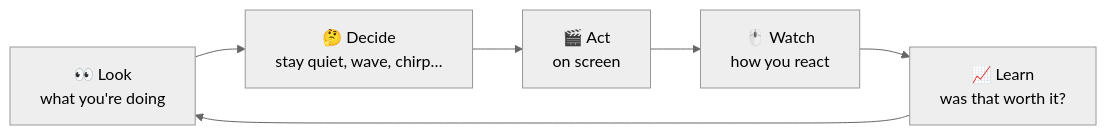
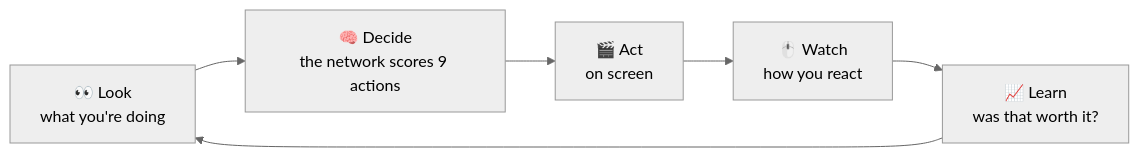
One commit to LucasAntunesdeAlmeida/buddy changed the first of 2 diagrams in README.md. Above: the diagram before and after it, drawn with Mermaid (neutral theme). The commit also changed other lines of this file and 1 other file, not shown here.

First line of the commit message:
docs: center the README on Buddy's neural network

````diff
--- a/README.md
+++ b/README.md
@@ -58,8 +37,8 @@
 ```mermaid
 flowchart LR
-    A["👀 Look<br/>what you're doing"] --> B["🤔 Decide<br/>stay quiet, wave, chirp…"]
+    A["👀 Look<br/>what you're doing"] --> B["🧠 Decide<br/>the network scores 9 actions"]
     B --> C["🎬 Act<br/>on screen"]
     C --> D["🖱️ Watch<br/>how you react"]
     D --> E["📈 Learn<br/>was that worth it?"]
     E --> A
 ```
````
